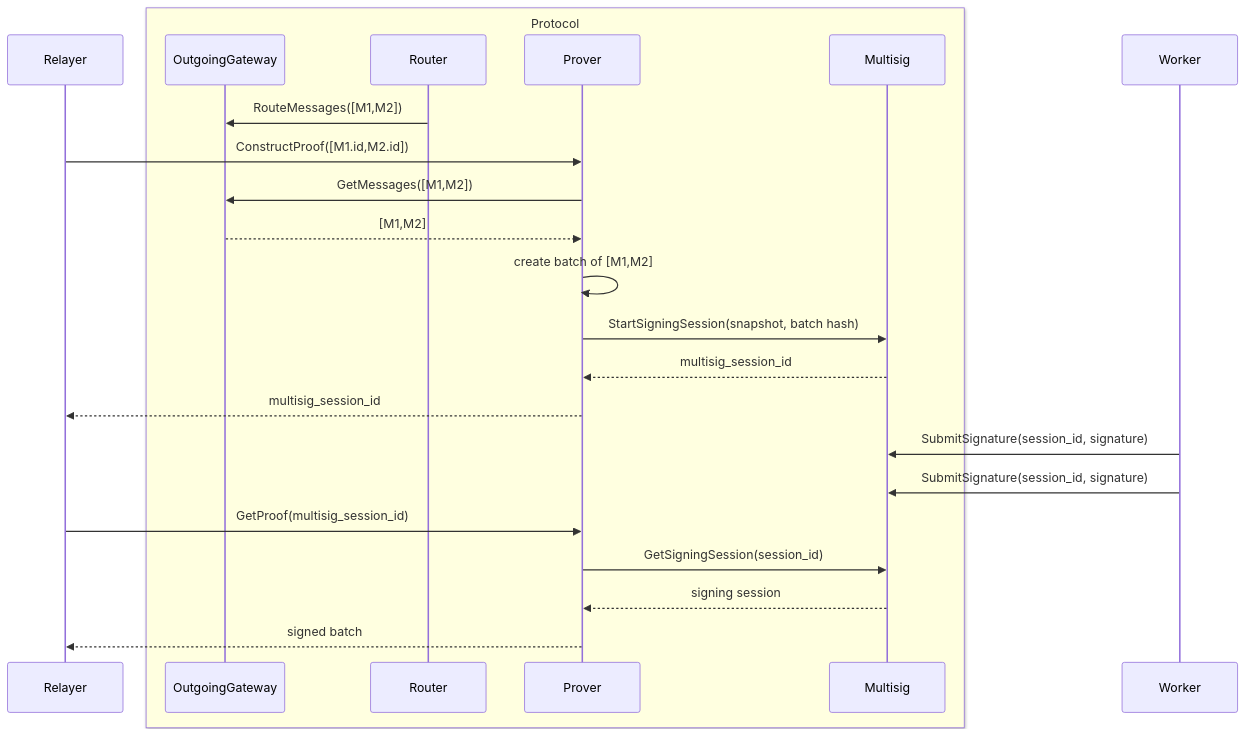
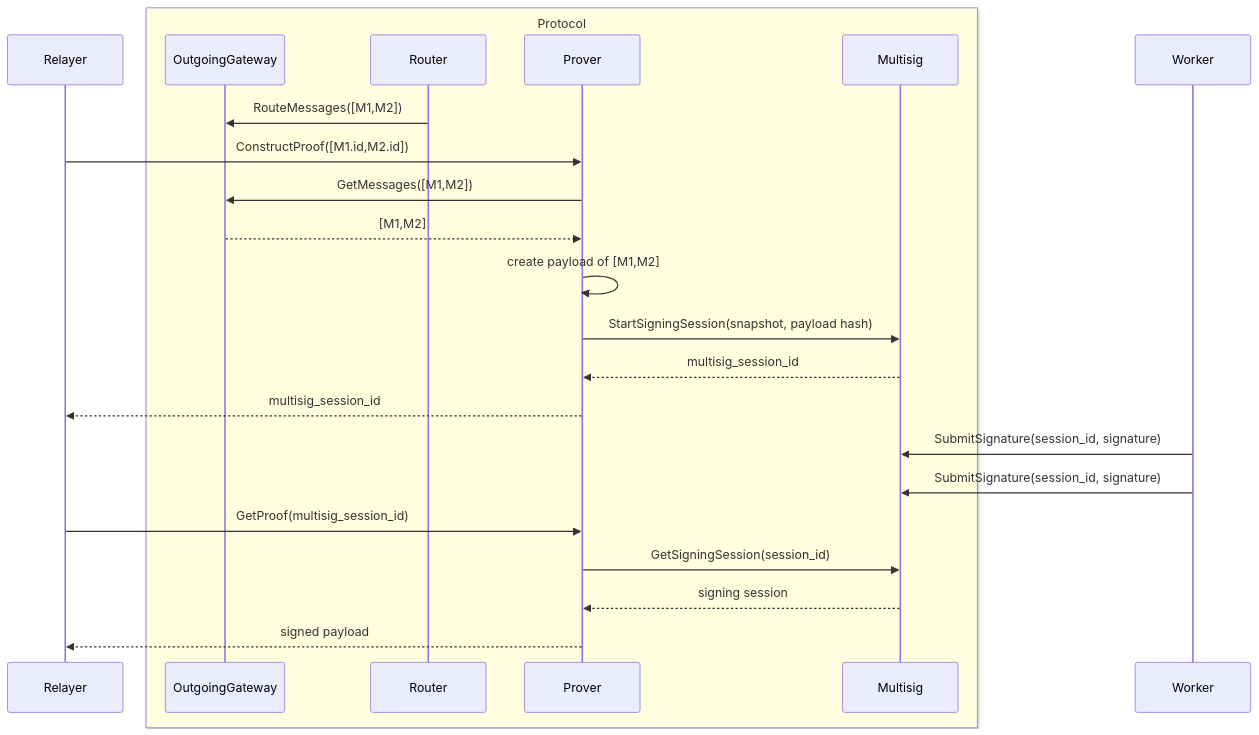
One commit to axelarnetwork/axelar-amplifier changed the fourth of 4 diagrams in doc/src/overview.md. Above: the diagram before and after it, drawn with Mermaid. The commit also changed other lines of this file and 3 other files, not shown here.

````diff
--- a/doc/src/overview.md
+++ b/doc/src/overview.md
@@ -116,28 +116,28 @@
 ```mermaid
 sequenceDiagram
     participant Relayer
     box LightYellow Protocol
     participant OutgoingGateway
     participant Router
     participant Prover
     participant Multisig
     end
     participant Worker
 
 
     Router->>OutgoingGateway: RouteMessages([M1,M2])
     Relayer->>Prover: ConstructProof([M1.id,M2.id])
     Prover->>OutgoingGateway: GetMessages([M1,M2])
     OutgoingGateway-->>Prover: [M1,M2]
-    Prover->>Prover: create batch of [M1,M2]
-    Prover->>Multisig: StartSigningSession(snapshot, batch hash)
+    Prover->>Prover: create payload of [M1,M2]
+    Prover->>Multisig: StartSigningSession(snapshot, payload hash)
     Multisig-->>Prover: multisig_session_id
     Prover-->>Relayer: multisig_session_id
     Worker->>Multisig: SubmitSignature(session_id, signature)
     Worker->>Multisig: SubmitSignature(session_id, signature)
     Relayer->>Prover: GetProof(multisig_session_id)
     Prover->>Multisig: GetSigningSession(session_id)
     Multisig-->>Prover: signing session
-    Prover-->>Relayer: signed batch
+    Prover-->>Relayer: signed payload
 
 ```
````
